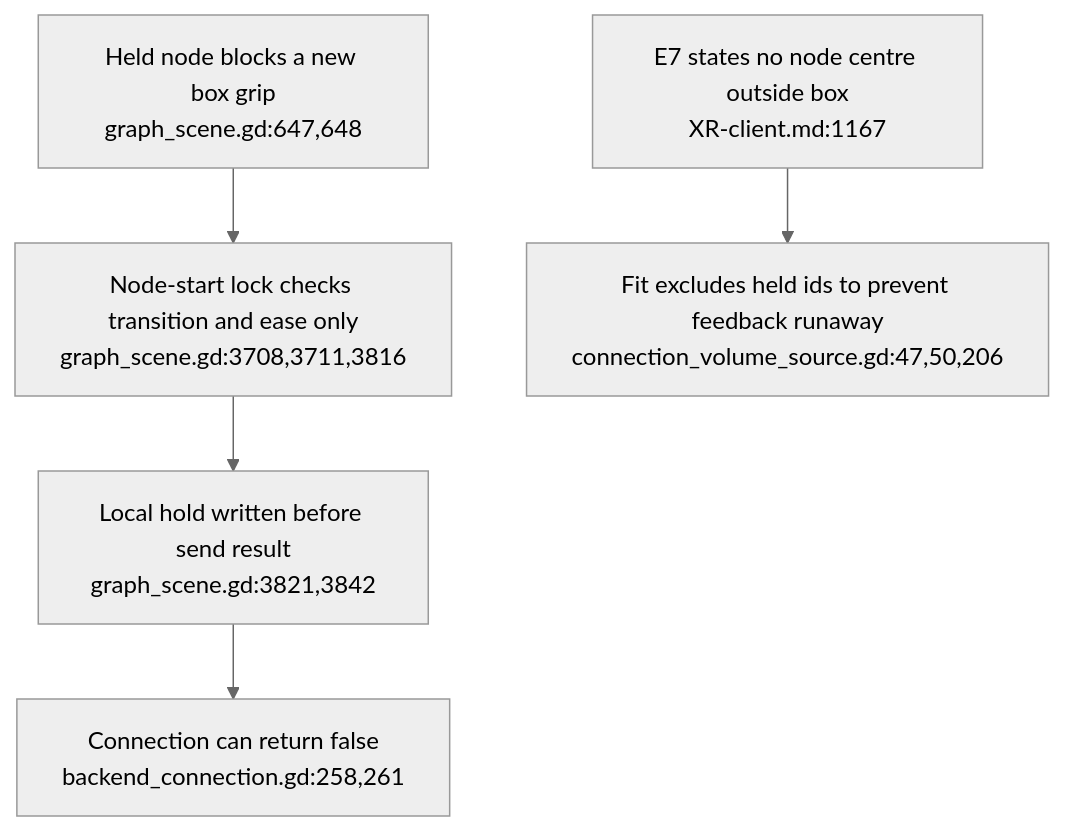
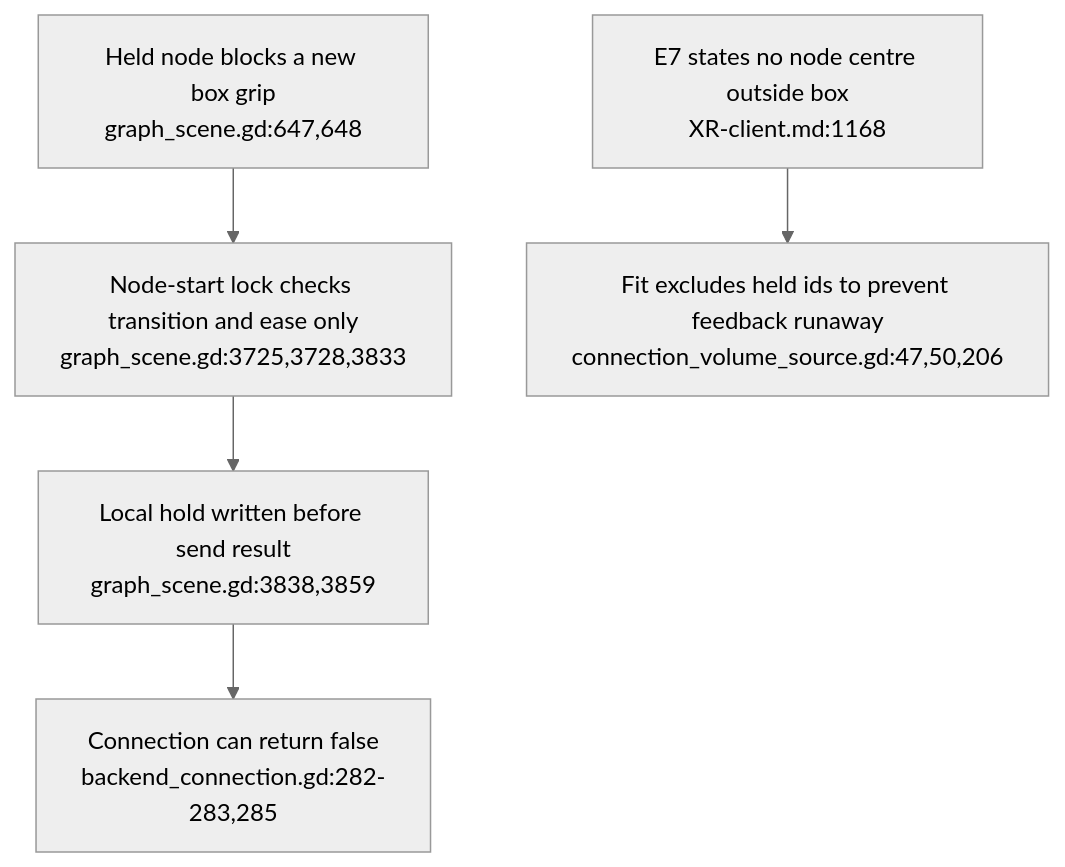
The fifth of 6 diagrams in docs/diagrams/visionclaw/53-xr-grab-lifetimes-and-input.md (DreamLab-AI/VisionFlow), drawn with Mermaid (neutral theme) before and after one commit. The commit also changed other lines of this file and 49 other files, not shown here.

First line of the commit message:
docs(diagrams): re-derive and re-stamp VisionClaw, estate, knowledge-graph, visionGraph, VisionFlow and sidestr topics

````diff
--- a/docs/diagrams/visionclaw/53-xr-grab-lifetimes-and-input.md
+++ b/docs/diagrams/visionclaw/53-xr-grab-lifetimes-and-input.md
@@ -79,7 +79,7 @@
 ```mermaid
 flowchart TD
-    HELD["Held node blocks a new box grip<br/>graph_scene.gd:647,648"] --> REVERSE["Node-start lock checks transition and ease only<br/>graph_scene.gd:3708,3711,3816"]
-    REVERSE --> LOCAL["Local hold written before send result<br/>graph_scene.gd:3821,3842"]
-    LOCAL --> SEND["Connection can return false<br/>backend_connection.gd:258,261"]
-    E7["E7 states no node centre outside box<br/>XR-client.md:1167"] --> EXCLUDE["Fit excludes held ids to prevent feedback runaway<br/>connection_volume_source.gd:47,50,206"]
+    HELD["Held node blocks a new box grip<br/>graph_scene.gd:647,648"] --> REVERSE["Node-start lock checks transition and ease only<br/>graph_scene.gd:3725,3728,3833"]
+    REVERSE --> LOCAL["Local hold written before send result<br/>graph_scene.gd:3838,3859"]
+    LOCAL --> SEND["Connection can return false<br/>backend_connection.gd:282-283,285"]
+    E7["E7 states no node centre outside box<br/>XR-client.md:1168"] --> EXCLUDE["Fit excludes held ids to prevent feedback runaway<br/>connection_volume_source.gd:47,50,206"]
 ```
````
